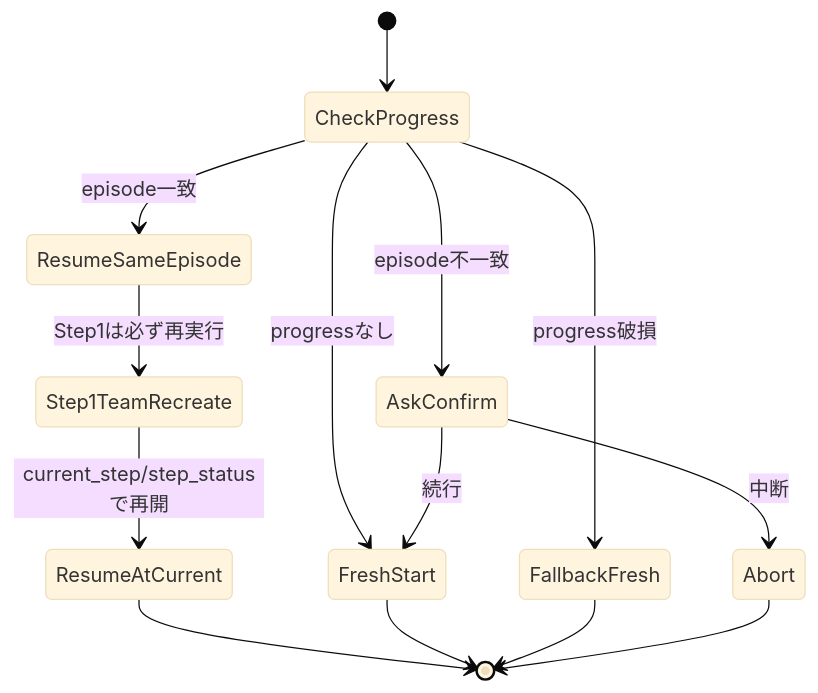
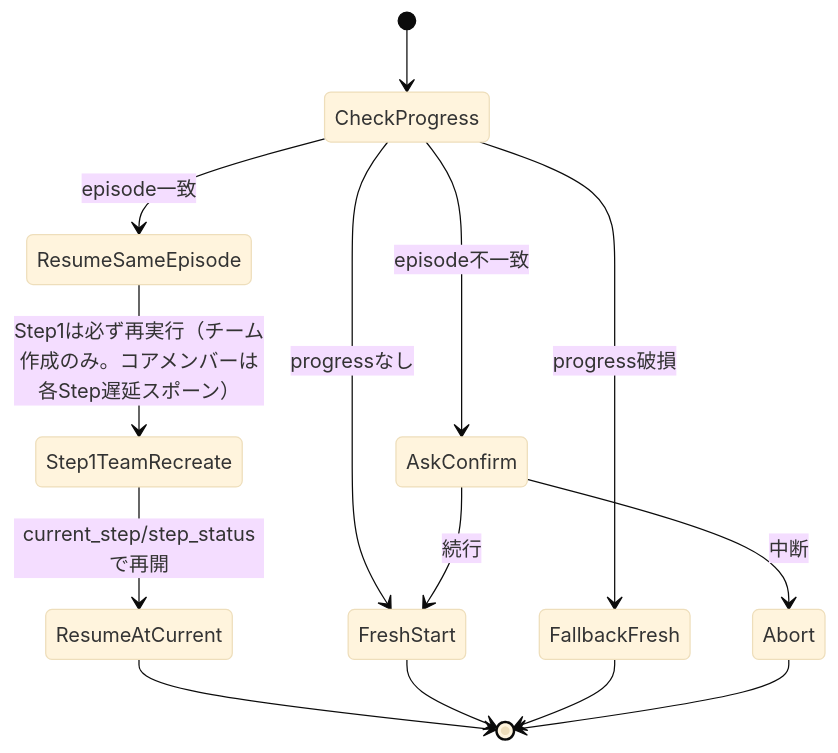
Before and after one commit to finelagusaz/Agentic_Writing: the fourth of 4 diagrams in docs/workflows.md, drawn with Mermaid (base theme). The commit also changed other lines of this file and 1 other file, not shown here.

````diff
--- a/docs/workflows.md
+++ b/docs/workflows.md
@@ -237,17 +241,17 @@
 ```mermaid
 stateDiagram-v2
     [*] --> CheckProgress
     CheckProgress --> FreshStart: progressなし
     CheckProgress --> ResumeSameEpisode: episode一致
     CheckProgress --> AskConfirm: episode不一致
     CheckProgress --> FallbackFresh: progress破損
 
     AskConfirm --> FreshStart: 続行
     AskConfirm --> Abort: 中断
-    ResumeSameEpisode --> Step1TeamRecreate: Step1は必ず再実行
+    ResumeSameEpisode --> Step1TeamRecreate: Step1は必ず再実行（チーム作成のみ。コアメンバーは各Step遅延スポーン）
     Step1TeamRecreate --> ResumeAtCurrent: current_step/step_statusで再開
     ResumeAtCurrent --> [*]
     FreshStart --> [*]
     FallbackFresh --> [*]
     Abort --> [*]
 ```
````
